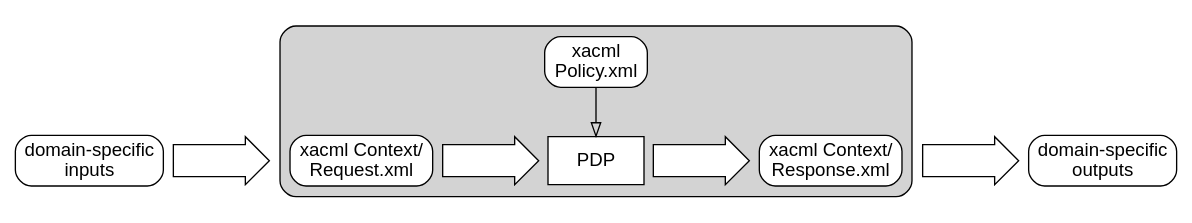
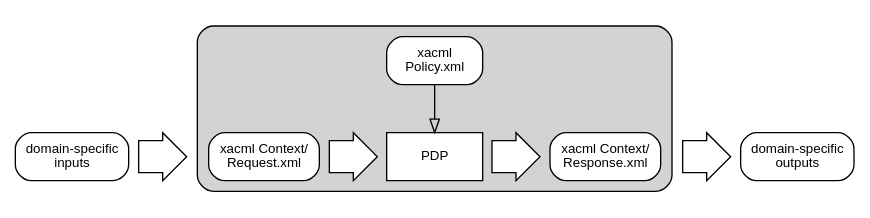
The second of 3 diagrams in xacml-v4.0-csd01.md (oasis-tcs/xacml-spec), drawn with Graphviz before and after one commit. The commit also changed other lines of this file, not shown here.

Commit message:
- Changed the size of arrows and fontsize of figure 2 to make it smaller - Centered figure 3

````diff
--- a/xacml-v4.0-csd01.md
+++ b/xacml-v4.0-csd01.md
@@ -720,52 +720,50 @@
 ```dot
 // do not use strict keyword to allow multiple edges between PDP and context handler
 digraph Fig1 {
     compound=true // Allow links to/from/between PEP/PDP/PIP boxes)
     splines=false // Straight links (avoid curves whenever possible)
     fontname=Arial
     newrank=true // Allows to enforce rank constraints (horizontal alignment) across clusters (PEP/PDP/PIP boxes)
     ranksep=0.5
     nodesep=0.1 // space between nodes on the same rank (horizontally aligned)
     // Default parameters for nodes
-    node [shape=box, style=rounded, width=1, height=0.5, fontname=Arial, fontsize=14.0, fillcolor=white]
+    node [shape=box, style=rounded, width=1, height=0.5, fontname=Arial, fontsize=10.0, fillcolor=white]
     // Default parameters for links (smaller font than nodes)
-    edge [fontname=Arial, fontsize=10.0, arrowhead=onormal]
+    edge [fontname=Arial, arrowhead=onormal]
 
     // domain-specific inputs box
     inputs [label="domain-specific\ninputs"]
     
-    inputs_to_request [shape=rarrow, label=""]
+    inputs_to_request [shape=rarrow, label="", width=0.5]
     
     // XACML scope (grey) box
     subgraph xacml_scope {
         cluster=true
         style=rounded
         bgcolor=lightgrey
         // Increase the margin if the bottom link (flow 11) is too low
         //margin="40"
         policy [label="xacml\nPolicy.xml", shape=box, style="filled,rounded"]
         request [label="xacml Context/\nRequest.xml", style="filled,rounded"]
-        request_to_pdp [shape=rarrow, label="", style="filled"]
+        request_to_pdp [shape=rarrow, label="", style="filled", width=0.5]
         pdp [label="PDP", style="filled"]
-        pdp_to_response [shape=rarrow, label="", style=filled]
+        pdp_to_response [shape=rarrow, label="", style=filled, width=0.5]
         response [label="xacml Context/\nResponse.xml", style="filled,rounded"]
         
         // Link the nodes to force vertical alignment from top to bottom and make the links invisible
         // NB: changing minlen to 0 to reduce edge length screws up everything, don't do it.
         policy -> pdp
         request -> request_to_pdp -> pdp -> pdp_to_response -> response [style=invis]
     }
     
     inputs -> inputs_to_request -> request [style=invis]
     
-    response_to_outputs [shape=rarrow, label=""]
+    response_to_outputs [shape=rarrow, label="", width=0.5]
     // domain-specific outputs box
     outputs [label="domain-specific\noutputs"]
-    
     
     response -> response_to_outputs -> outputs [style=invis]
     
     {rank=same; inputs; inputs_to_request; request; request_to_pdp; pdp; pdp_to_response; response; response_to_outputs; outputs}
-	
 }
 ```
````
